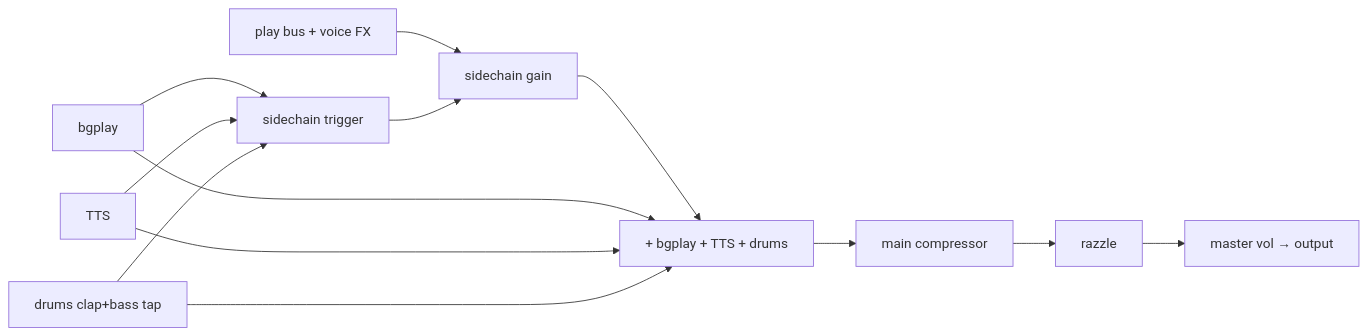
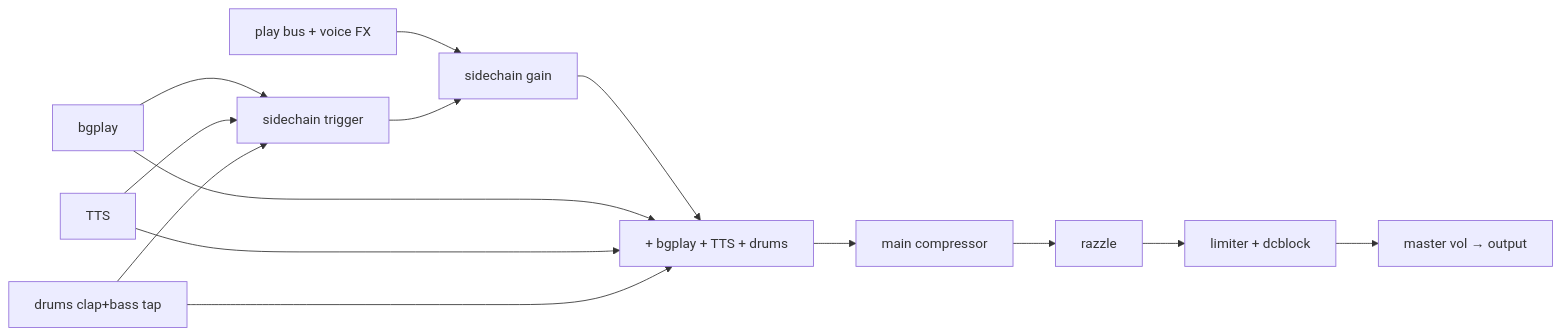
Before and after one commit to goldbuick/zed-software-system: the second of 3 diagrams in zss/feature/synth/docs/implementation-matrix.md, drawn with Mermaid. The commit also changed other lines of this file and 11 other files, not shown here.

````diff
--- a/zss/feature/synth/docs/implementation-matrix.md
+++ b/zss/feature/synth/docs/implementation-matrix.md
@@ -81,17 +85,18 @@
 ```mermaid
 flowchart LR
   play["play bus + voice FX"]
   duck["sidechain gain"]
   mix["+ bgplay + TTS + drums"]
   comp["main compressor"]
   razz["razzle"]
+  lim["limiter + dcblock"]
   out["master vol → output"]
-  play --> duck --> mix --> comp --> razz --> out
+  play --> duck --> mix --> comp --> razz --> lim --> out
   bg["bgplay"] --> scTrigger["sidechain trigger"]
   tts["TTS"] --> scTrigger
   drums["drums clap+bass tap"] --> scTrigger
   scTrigger --> duck
   bg --> mix
   tts --> mix
   drums --> mix
 ```
````
